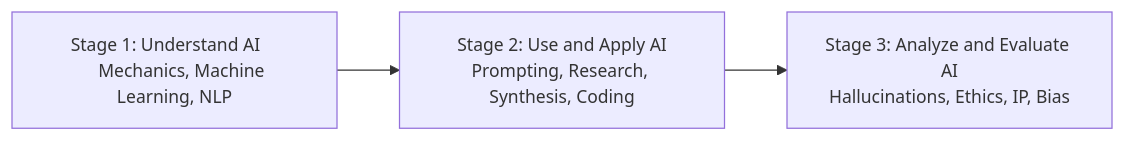
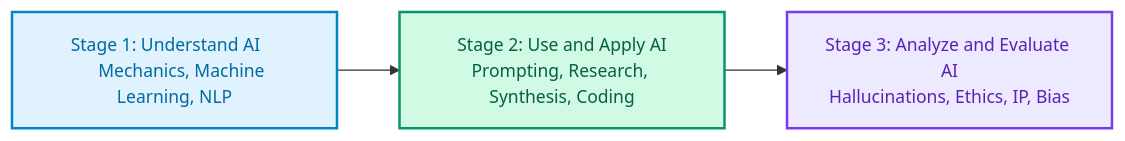
Before and after one commit to UCSB-Library-Research-Data-Services/AI-Literacy: the first of 2 diagrams in chapters/02-definitions.qmd, drawn with Mermaid. The commit also changed other lines of this file and 16 other files, not shown here.

First line of the commit message:
Refactor Mermaid styles and enhance flowchart definitions

````diff
--- a/chapters/02-definitions.qmd
+++ b/chapters/02-definitions.qmd
@@ -61,14 +61,22 @@
 ```{mermaid}
 %%| fig-cap: "UCSB Three-Stage Developmental AI Literacy Model"
 %%{init: {'flowchart': {'htmlLabels': false}, 'themeVariables': {'fontSize': '14px'}}}%%
 flowchart LR
     A["`Stage 1: Understand AI    
     Mechanics, Machine Learning, NLP`"]
     B["`Stage 2: Use and Apply AI
     Prompting, Research, Synthesis, Coding`"]
     C["`Stage 3: Analyze and Evaluate AI
         Hallucinations, Ethics, IP, Bias`"]
     
     A --> B
     B --> C
+
+    classDef stage1 fill:#e0f2fe,stroke:#0284c7,stroke-width:2px,color:#0369a1;
+    classDef stage2 fill:#d1fae5,stroke:#059669,stroke-width:2px,color:#065f46;
+    classDef stage3 fill:#ede9fe,stroke:#7c3aed,stroke-width:2px,color:#5b21b6;
+
+    class A stage1;
+    class B stage2;
+    class C stage3;
 ```
````
